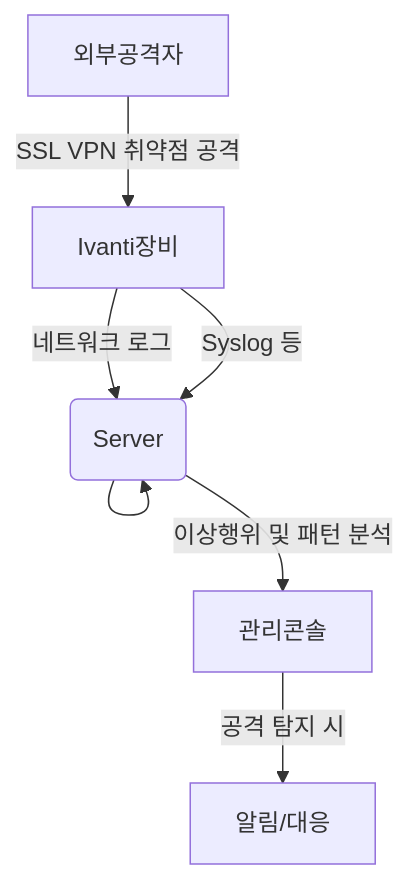
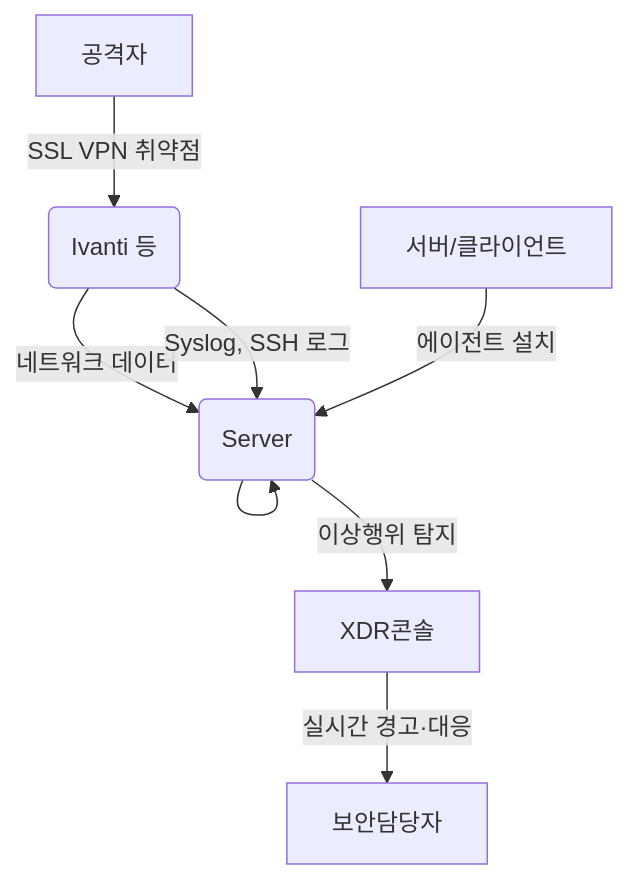
One commit to qubitsec/blog changed the diagram in content/ko/column/ssl-vpn-ivanti-attack-defense.md. Above: the diagram before and after it, drawn with Mermaid. The commit also changed other lines of this file, not shown here.

`````diff
--- a/content/ko/column/ssl-vpn-ivanti-attack-defense.md
+++ b/content/ko/column/ssl-vpn-ivanti-attack-defense.md
@@ -68,10 +95,12 @@
 ```mermaid
 graph TD
-  외부공격자 -->|SSL VPN 취약점 공격| Ivanti장비
-  Ivanti장비 -->|네트워크 로그| PLURA-XDR(NTA)
-  Ivanti장비 -->|Syslog 등| PLURA-XDR(Agentless)
+  공격자 -->|SSL VPN 취약점| VPN장비(Ivanti 등)
+  VPN장비 -->|네트워크 데이터| PLURA-XDR(NTA)
+  VPN장비 -->|Syslog, SSH 로그| PLURA-XDR(Agentless)
+  서버/클라이언트 -->|에이전트 설치| PLURA-XDR(Agent)
   PLURA-XDR(NTA) --> PLURA-XDR(Server)
   PLURA-XDR(Agentless) --> PLURA-XDR(Server)
-  PLURA-XDR(Server) -->|이상행위 및 패턴 분석| 관리콘솔
-  관리콘솔 -->|공격 탐지 시| 알림/대응
+  PLURA-XDR(Agent) --> PLURA-XDR(Server)
+  PLURA-XDR(Server) -->|이상행위 탐지| XDR콘솔
+  XDR콘솔 -->|실시간 경고·대응| 보안담당자
 ````
`````
